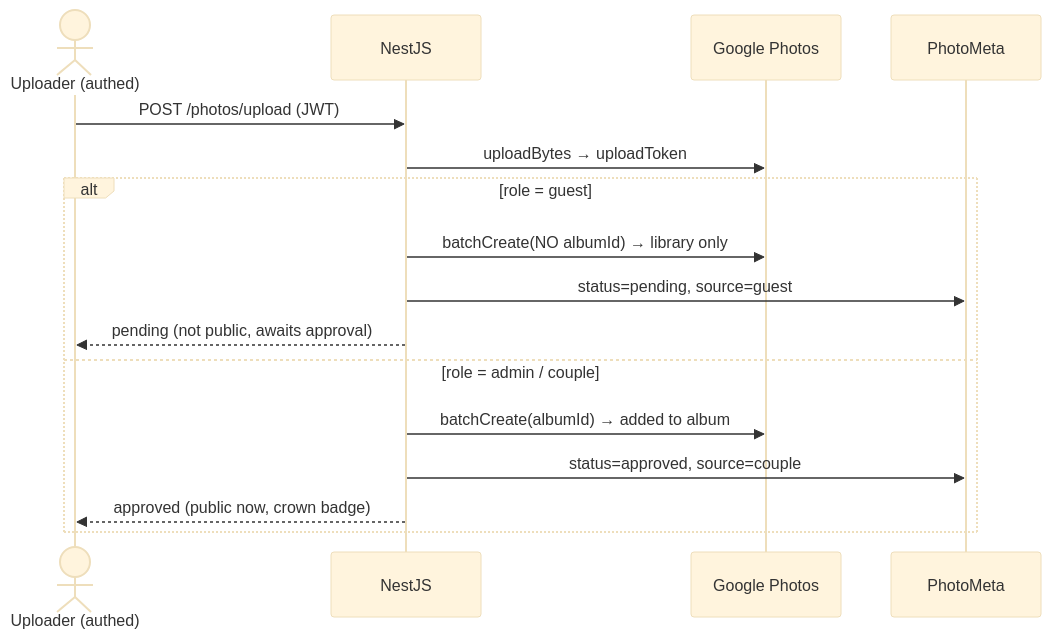
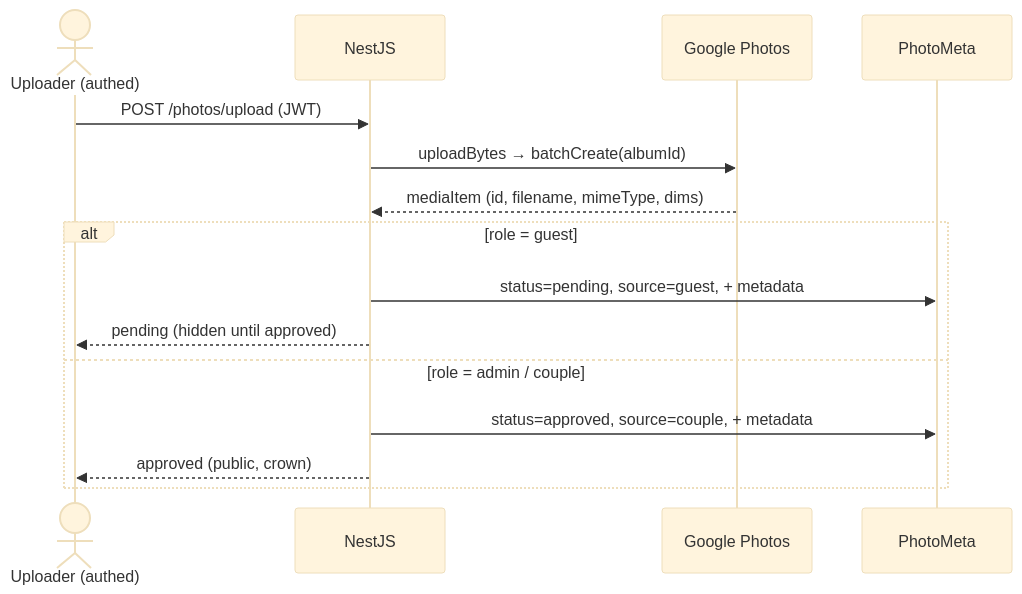
The first of 3 diagrams in docs/MODERATION.md (CaesarBourne/WeddingAppFrontend), drawn with Mermaid (base theme) before and after one commit. The commit also changed other lines of this file and 2 other files, not shown here.

Commit message:
docs: update moderation design to Approach A (DB source of truth) after spike

````diff
--- a/docs/MODERATION.md
+++ b/docs/MODERATION.md
@@ -198,18 +131,17 @@
 ```mermaid
 sequenceDiagram
     actor U as Uploader (authed)
     participant API as NestJS
     participant GP as Google Photos
     participant DB as PhotoMeta
     U->>API: POST /photos/upload (JWT)
-    API->>GP: uploadBytes → uploadToken
+    API->>GP: uploadBytes → batchCreate(albumId)
+    GP-->>API: mediaItem (id, filename, mimeType, dims)
     alt role = guest
-        API->>GP: batchCreate(NO albumId) → library only
-        API->>DB: status=pending, source=guest
-        API-->>U: pending (not public, awaits approval)
+        API->>DB: status=pending, source=guest, + metadata
+        API-->>U: pending (hidden until approved)
     else role = admin / couple
-        API->>GP: batchCreate(albumId) → added to album
-        API->>DB: status=approved, source=couple
-        API-->>U: approved (public now, crown badge)
+        API->>DB: status=approved, source=couple, + metadata
+        API-->>U: approved (public, crown)
     end
 ```
````
